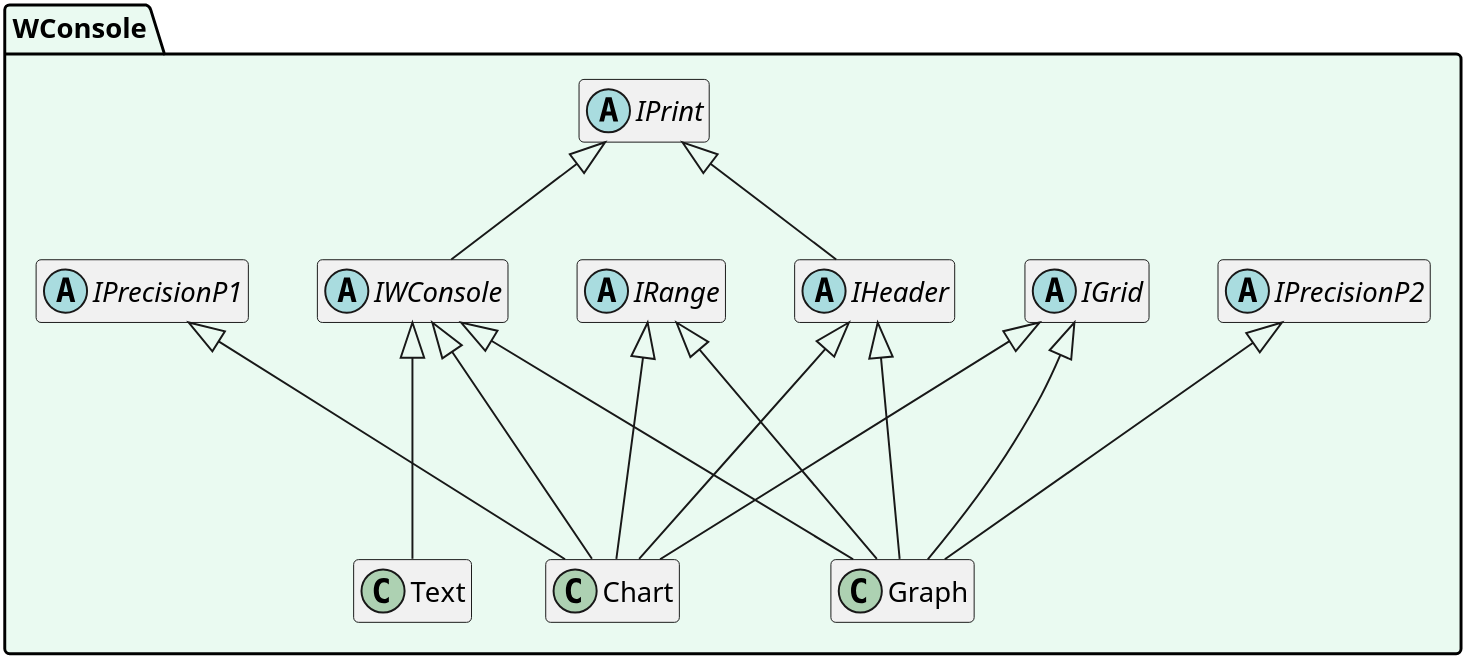
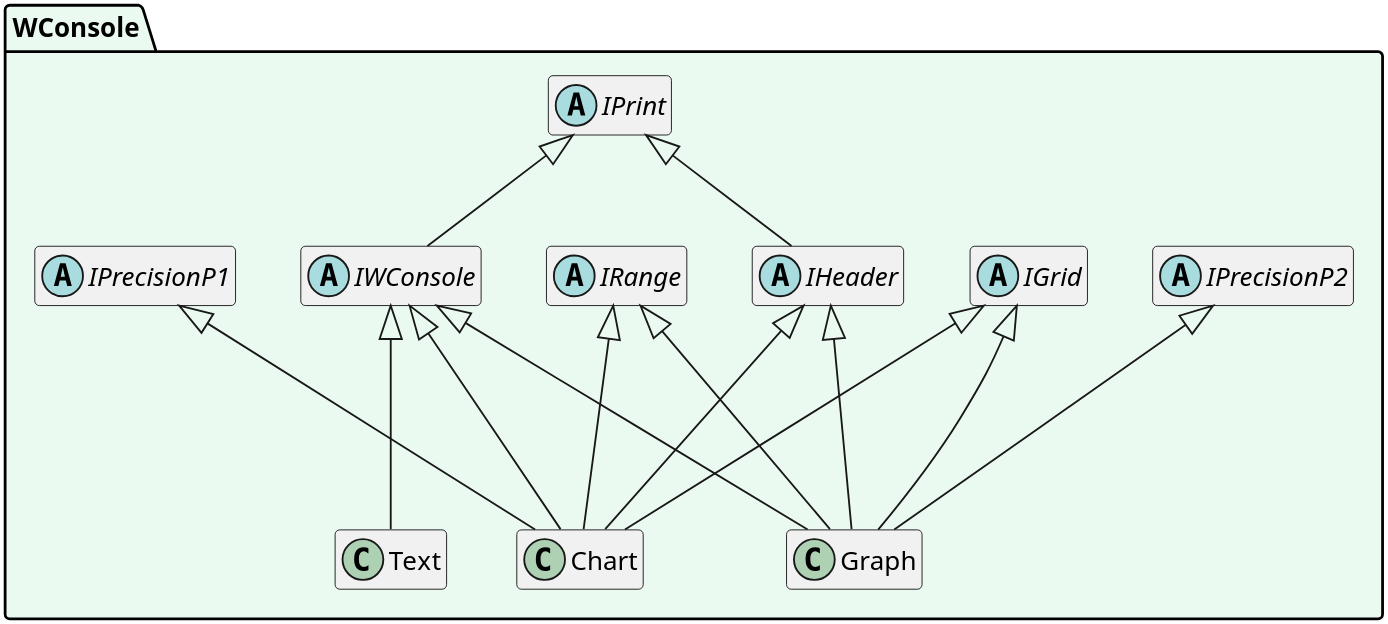
Before and after one commit to SergioStopkin/WideConsole: the diagram in doc/UMLClass.md, drawn with PlantUML.

Commit message:
Test some styles

````diff
--- a/doc/UMLClass.md
+++ b/doc/UMLClass.md
@@ -1,42 +1,42 @@
 ```plantuml
 @startuml
 
 scale 1600 width
-scale 1500 height
+scale 1300 height
 
 hide empty members
 
 namespace WConsole #EAFAF1 {
 
 abstract class IGrid
 abstract class IHeader
 abstract class IPrecisionP1
 abstract class IPrecisionP2
 abstract class IPrint
 abstract class IRange
 abstract class IWConsole
 class Chart
 class Graph
 class Text
 
 IPrint <|-- IHeader
 IPrint <|-- IWConsole
 
 IWConsole    <|--- Chart
 IHeader      <|--- Chart
 IPrecisionP1 <|---  Chart
 IRange       <|---  Chart
 IGrid        <|---  Chart
 
 IWConsole    <|--- Graph
 IHeader      <|--- Graph
 IPrecisionP2 <|---  Graph
 IRange       <|---  Graph
 IGrid        <|---  Graph
 
 IWConsole <|--- Text
 
 }
 
 @enduml
 ```
````
